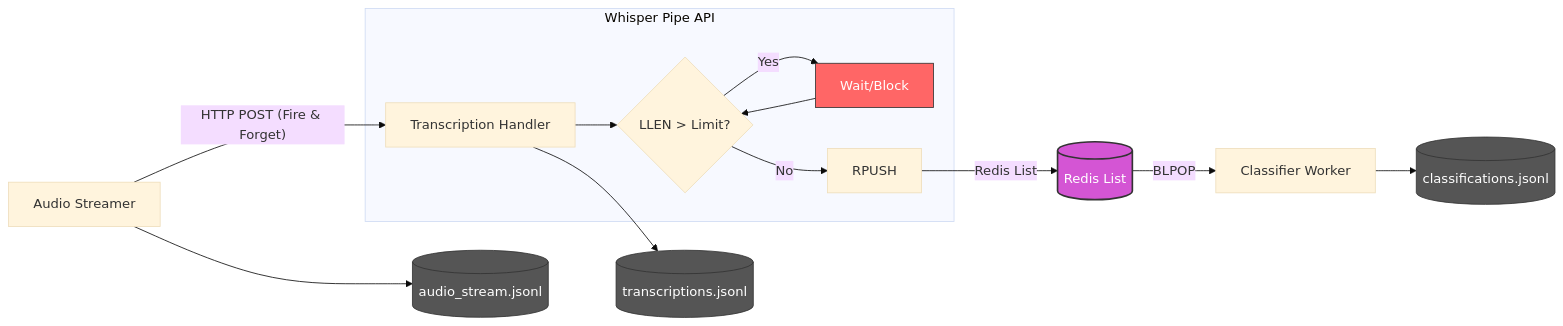
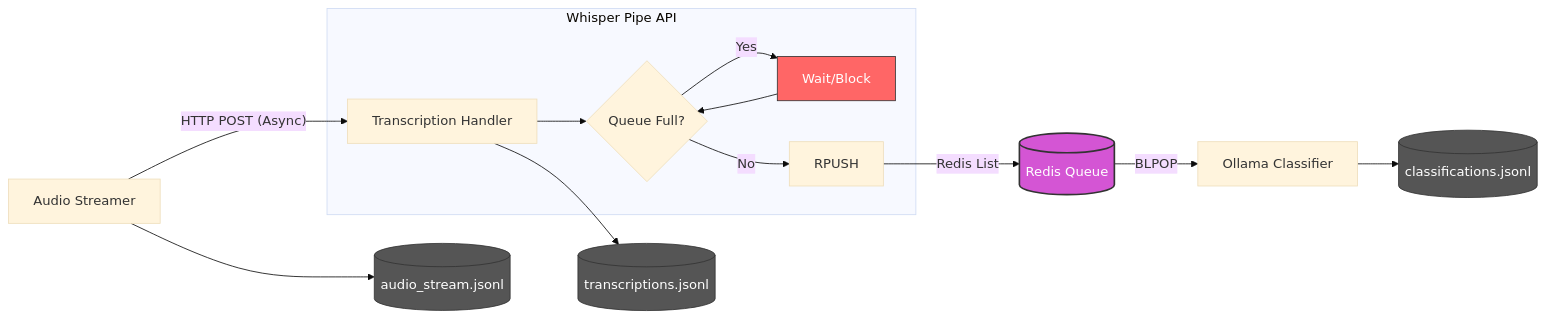
Before and after one commit to yezdata/pyconv: the diagram in README.md, drawn with Mermaid (base theme). The commit also changed other lines of this file and 14 other files, not shown here.

````diff
--- a/README.md
+++ b/README.md
@@ -19,24 +28,24 @@
 ```mermaid
 flowchart LR
     A[Audio Streamer] --> L1[(audio_stream.jsonl)]
-    A -- "HTTP POST (Fire & Forget)" --> B
+    A -- "HTTP POST (Async)" --> B
     
     subgraph API [Whisper Pipe API]
-        B[Transcription Handler] --> P{LLEN > Limit?}
+        B[Transcription Handler] --> P{Queue Full?}
         P -- "Yes" --> W[Wait/Block]
         W --> P
         P -- "No" --> R
         R[RPUSH]
     end
 
     B --> L2[(transcriptions.jsonl)]
-    R -->|Redis List| RL[(Redis List)]
-    RL -->|BLPOP| C[Classifier Worker]
+    R -->|Redis List| RL[(Redis Queue)]
+    RL -->|BLPOP| C[Ollama Classifier]
     C --> L3[(classifications.jsonl)]
 
     style RL fill:#d455d4,stroke:#333,stroke-width:2px,color:#fff
     style L1 fill:#555,stroke:#333,color:#fff
     style L2 fill:#555,stroke:#333,color:#fff
     style L3 fill:#555,stroke:#333,color:#fff
     style W fill:#f66,stroke:#333,color:#fff
 ```
````
